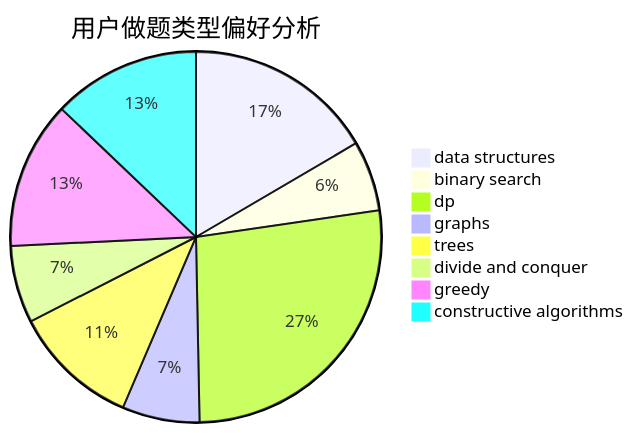
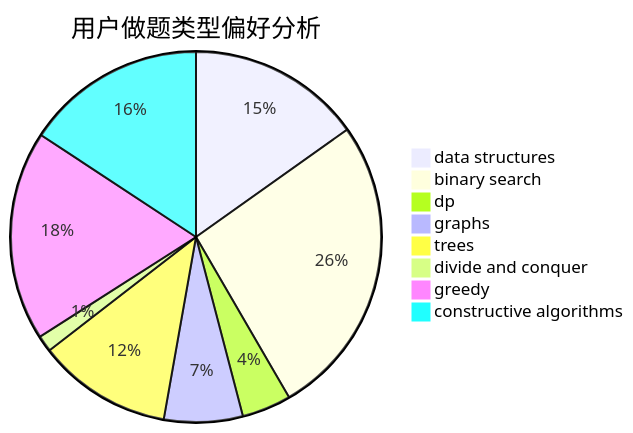
The second of 3 diagrams in docs/user/u1337.md (sherpahu/cfrs.github.io), drawn with Mermaid before and after one commit. The commit also changed other lines of this file and 2770 other files, not shown here.

````diff
--- a/docs/user/u1337.md
+++ b/docs/user/u1337.md
@@ -23,11 +23,11 @@
 ```mermaid
 pie title 用户做题类型偏好分析
-    "data structures" :  54
-    "binary search" :  20
-    "dp" :  88
-    "graphs" :  22
-    "trees" :  36
-    "divide and conquer" :  22
-    "greedy" :  42
-    "constructive algorithms" :  42
+    "data structures" :  106
+    "binary search" :  185
+    "dp" :  30
+    "graphs" :  48
+    "trees" :  82
+    "divide and conquer" :  10
+    "greedy" :  128
+    "constructive algorithms" :  110
 ```
````
